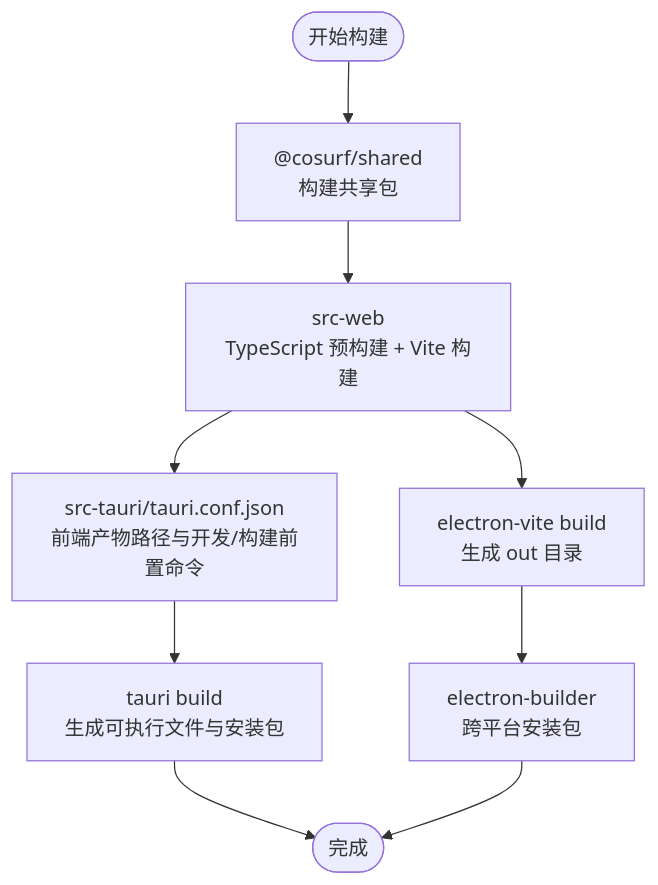
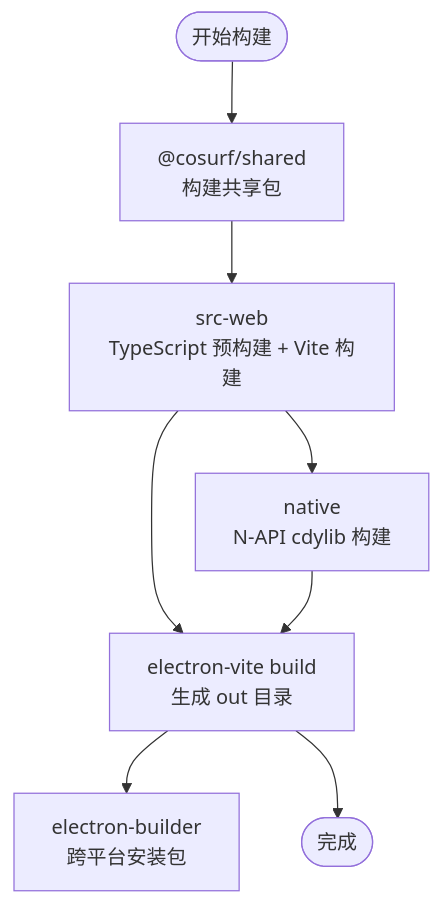
Before and after one commit to baike08/cosurf: the third of 4 diagrams in .qoder/repowiki/zh/content/开发指南/构建与部署.md, drawn with Mermaid. The commit also changed other lines of this file and 15 other files, not shown here.

````diff
--- a/.qoder/repowiki/zh/content/开发指南/构建与部署.md
+++ b/.qoder/repowiki/zh/content/开发指南/构建与部署.md
@@ -154,11 +142,10 @@
 ```mermaid
 flowchart TD
 Start(["开始构建"]) --> Shared["@cosurf/shared<br/>构建共享包"]
 Shared --> Web["src-web<br/>TypeScript 预构建 + Vite 构建"]
-Web --> TauriConf["src-tauri/tauri.conf.json<br/>前端产物路径与开发/构建前置命令"]
-TauriConf --> TauriBuild["tauri build<br/>生成可执行文件与安装包"]
 Web --> EB["electron-vite build<br/>生成 out 目录"]
 EB --> EBRun["electron-builder<br/>跨平台安装包"]
-TauriBuild --> Done(["完成"])
-EBRun --> Done
+Web --> Native["native<br/>N-API cdylib 构建"]
+Native --> EB
+EB --> Done(["完成"])
 ```
````
